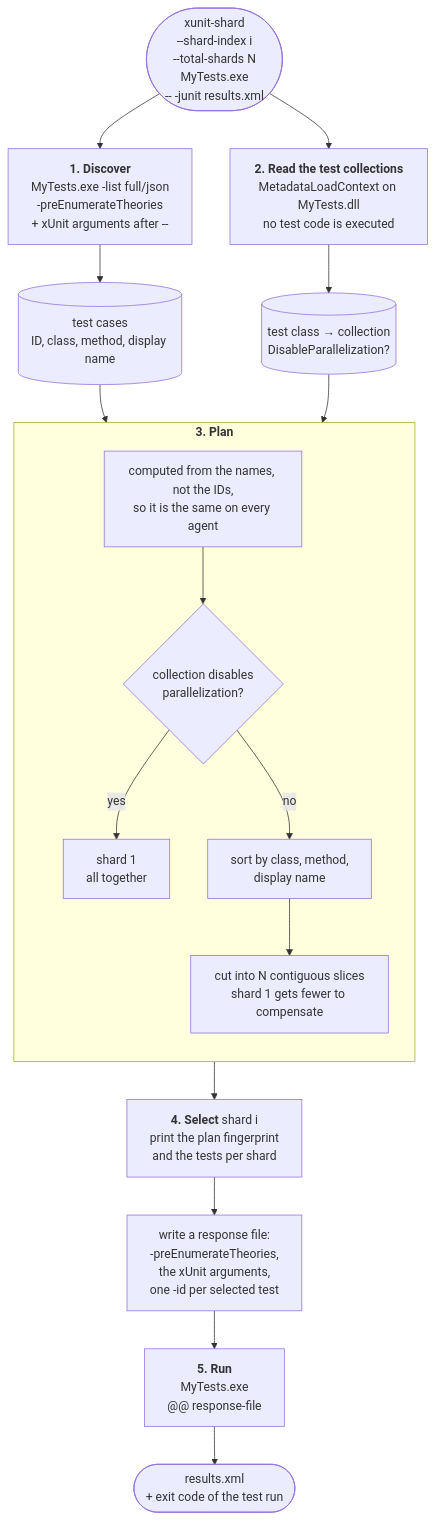
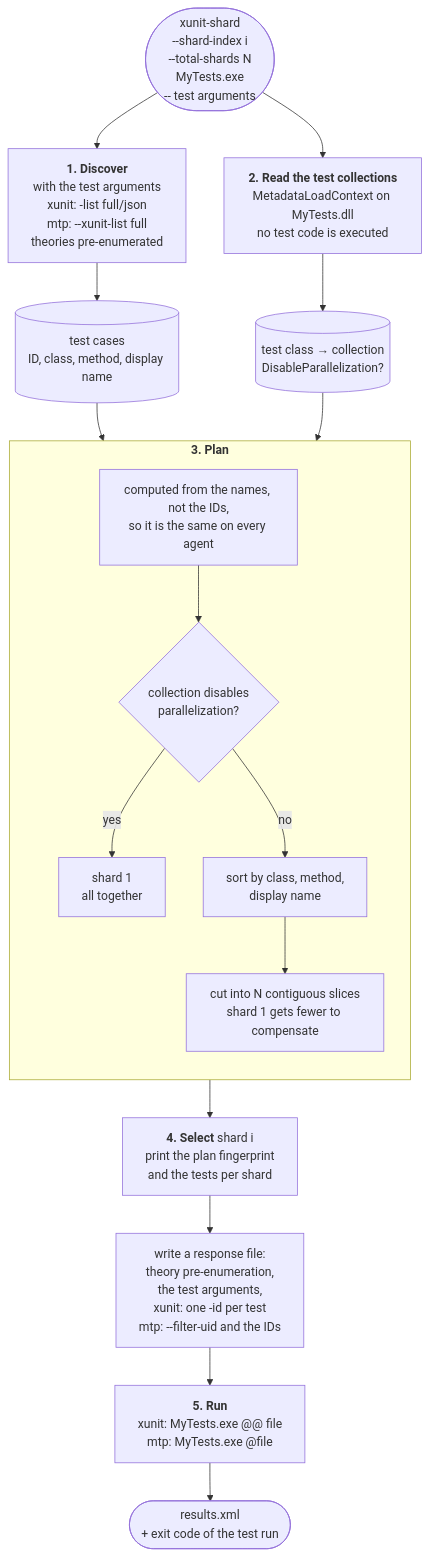
Before and after one commit to lucavoit/xunit-test-sharding: the second of 2 diagrams in README.md, drawn with Mermaid. The commit also changed other lines of this file and 19 other files, not shown here.

First line of the commit message:
Support Microsoft.Testing.Platform arguments for the test executable (#1)

````diff
--- a/README.md
+++ b/README.md
@@ -61,27 +62,27 @@
 ```mermaid
 flowchart TD
-    start(["xunit-shard<br/>--shard-index i<br/>--total-shards N<br/>MyTests.exe<br/>-- -junit results.xml"])
+    start(["xunit-shard<br/>--shard-index i<br/>--total-shards N<br/>MyTests.exe<br/>-- test arguments"])
 
-    start --> discover["<b>1. Discover</b><br/>MyTests.exe -list full/json<br/>-preEnumerateTheories<br/>+ xUnit arguments after --"]
+    start --> discover["<b>1. Discover</b><br/>with the test arguments<br/>xunit: -list full/json<br/>mtp: --xunit-list full<br/>theories pre-enumerated"]
     start --> inspect["<b>2. Read the test collections</b><br/>MetadataLoadContext on MyTests.dll<br/>no test code is executed"]
 
     discover --> tests[("test cases<br/>ID, class, method, display name")]
     inspect --> collections[("test class → collection<br/>DisableParallelization?")]
 
     tests --> plan
     collections --> plan
 
     subgraph plan["<b>3. Plan</b>"]
         direction TB
         same["computed from the names, not the IDs,<br/>so it is the same on every agent"]
         same --> decision{"collection disables<br/>parallelization?"}
         decision -- yes --> serial["shard 1<br/>all together"]
         decision -- no --> sort["sort by class, method,<br/>display name"]
         sort --> slices["cut into N contiguous slices<br/>shard 1 gets fewer to compensate"]
     end
 
     plan --> select["<b>4. Select</b> shard i<br/>print the plan fingerprint<br/>and the tests per shard"]
-    select --> response["write a response file:<br/>-preEnumerateTheories,<br/>the xUnit arguments,<br/>one -id per selected test"]
-    response --> run["<b>5. Run</b><br/>MyTests.exe<br/>@@ response-file"]
+    select --> response["write a response file:<br/>theory pre-enumeration,<br/>the test arguments,<br/>xunit: one -id per test<br/>mtp: --filter-uid and the IDs"]
+    response --> run["<b>5. Run</b><br/>xunit: MyTests.exe @@ file<br/>mtp: MyTests.exe @file"]
     run --> output(["results.xml<br/>+ exit code of the test run"])
 ```
````
